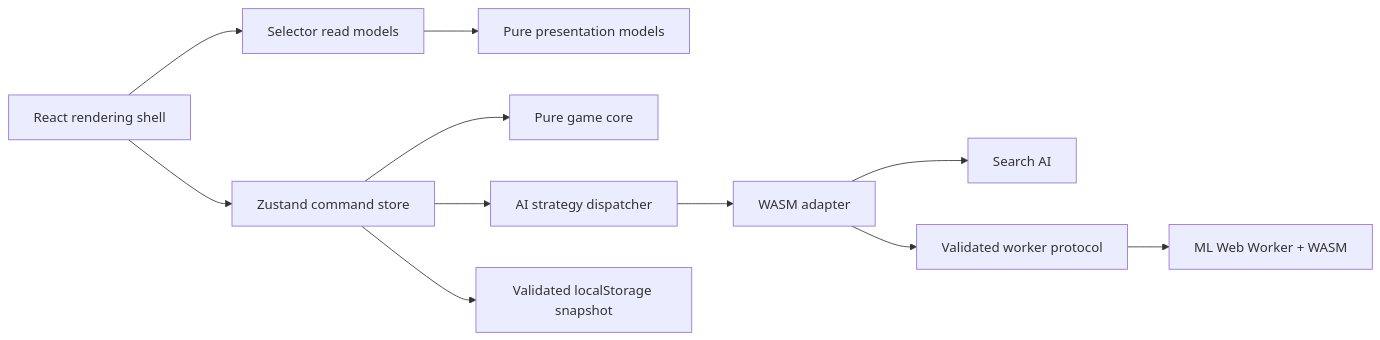
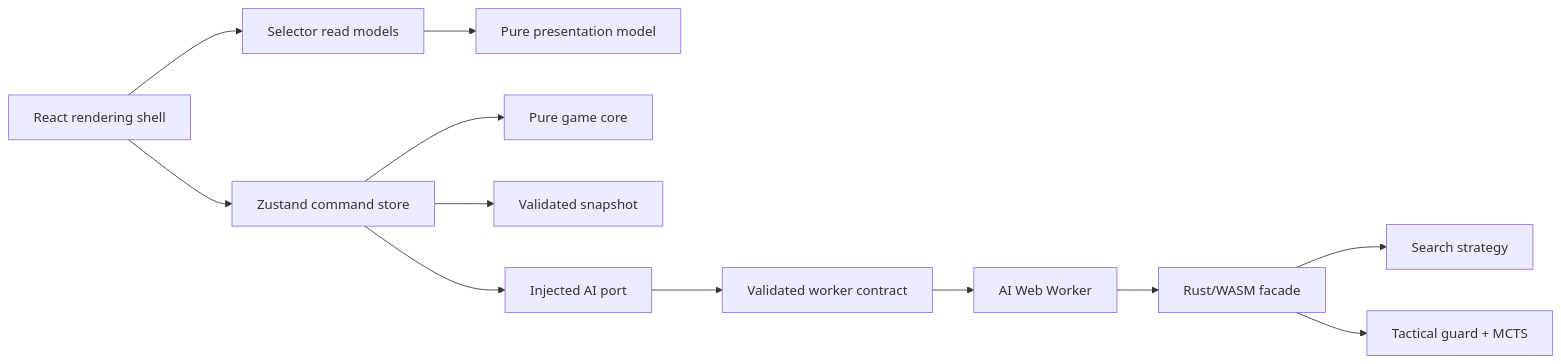
Before and after one commit to tre-systems/rowspire: the first of 2 diagrams in docs/ARCHITECTURE.md, drawn with Mermaid. The commit also changed other lines of this file and 133 other files, not shown here.

Commit message:
Simplify and enforce application architecture

````diff
--- a/docs/ARCHITECTURE.md
+++ b/docs/ARCHITECTURE.md
@@ -7,13 +7,14 @@
 ```mermaid
 flowchart LR
-  UI["React rendering shell"] --> Read["Selector read models"]
+  UI["React rendering shell"] --> Reads["Selector read models"]
   UI --> Commands["Zustand command store"]
-  Read --> Presentation["Pure presentation models"]
+  Reads --> Presentation["Pure presentation model"]
   Commands --> Core["Pure game core"]
-  Commands --> AI["AI strategy dispatcher"]
-  Commands --> Storage["Validated localStorage snapshot"]
-  AI --> Wasm["WASM adapter"]
-  Wasm --> Search["Search AI"]
-  Wasm --> Protocol["Validated worker protocol"]
-  Protocol --> Worker["ML Web Worker + WASM"]
+  Commands --> Snapshot["Validated snapshot"]
+  Commands --> Port["Injected AI port"]
+  Port --> Contract["Validated worker contract"]
+  Contract --> Worker["AI Web Worker"]
+  Worker --> Wasm["Rust/WASM facade"]
+  Wasm --> Search["Search strategy"]
+  Wasm --> ML["Tactical guard + MCTS"]
 ```
````
